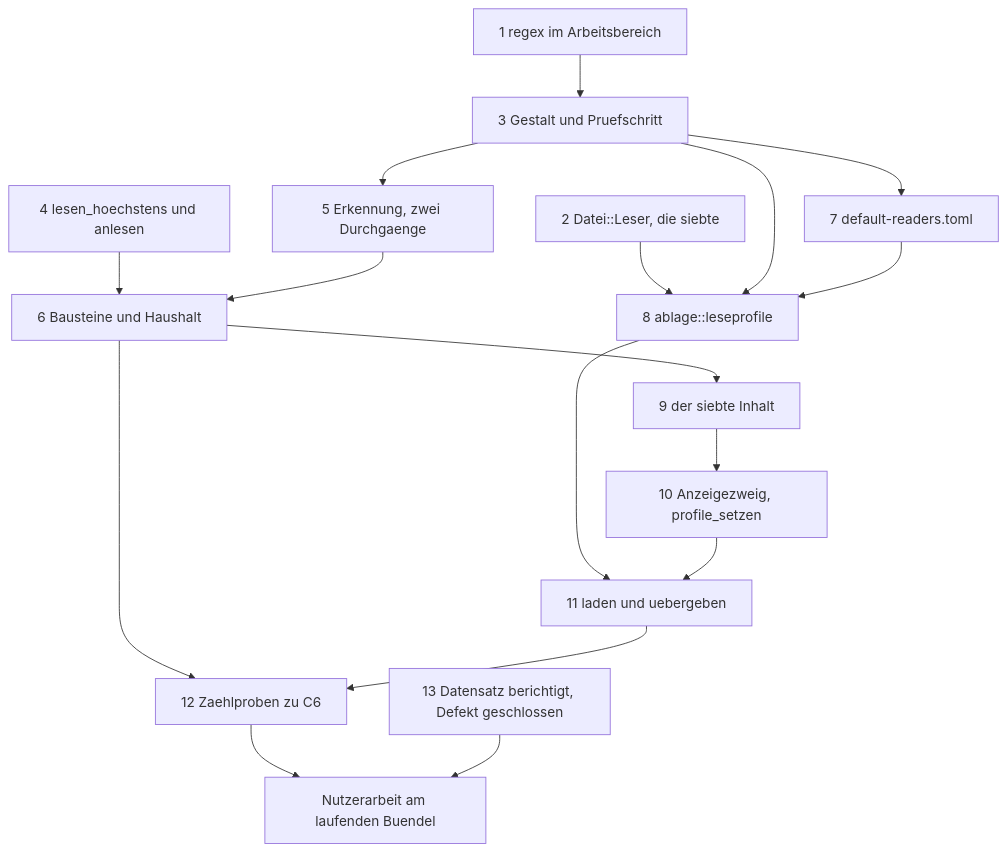
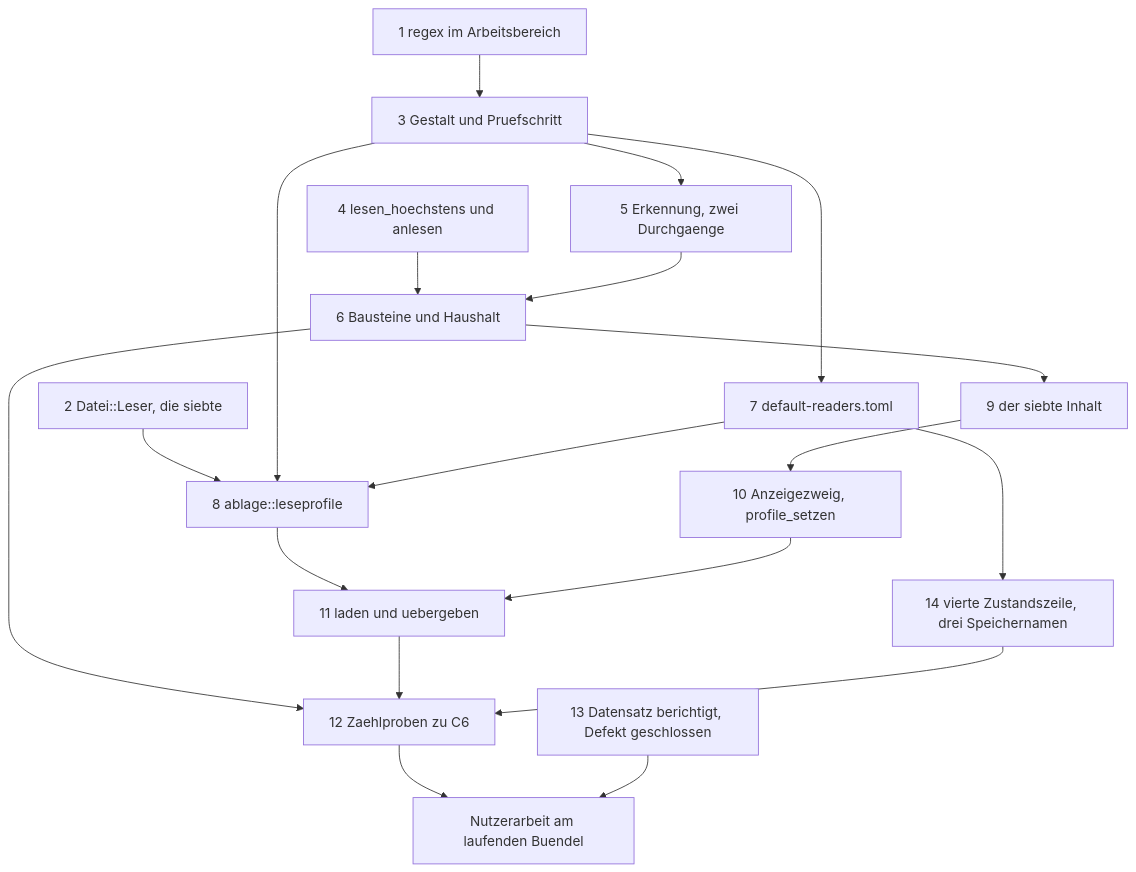
Before and after one commit to tenzoki/krk: the third of 3 diagrams in fusion-workbench/circles/260823-2208-vorschau-zeigt-profil-zusammenfassung-statt-metadaten/planning/260824-0640_o_plan-vorschau-zeigt-profil-zusammenfassung-statt-metadaten.md, drawn with Mermaid. The commit also changed other lines of this file and 6 other files, not shown here.

````diff
--- a/fusion-workbench/circles/260823-2208-vorschau-zeigt-profil-zusammenfassung-statt-metadaten/planning/260824-0640_o_plan-vorschau-zeigt-profil-zusammenfassung-statt-metadaten.md
+++ b/fusion-workbench/circles/260823-2208-vorschau-zeigt-profil-zusammenfassung-statt-metadaten/planning/260824-0640_o_plan-vorschau-zeigt-profil-zusammenfassung-statt-metadaten.md
@@ -372,34 +380,37 @@
 ```mermaid
 flowchart TD
   s1["1 regex im Arbeitsbereich"]
   s2["2 Datei::Leser, die siebte"]
   s3["3 Gestalt und Pruefschritt"]
   s4["4 lesen_hoechstens und anlesen"]
   s5["5 Erkennung, zwei Durchgaenge"]
   s6["6 Bausteine und Haushalt"]
   s7["7 default-readers.toml"]
   s8["8 ablage::leseprofile"]
   s9["9 der siebte Inhalt"]
   s10["10 Anzeigezweig, profile_setzen"]
   s11["11 laden und uebergeben"]
   s12["12 Zaehlproben zu C6"]
   s13["13 Datensatz berichtigt, Defekt geschlossen"]
+  s14["14 vierte Zustandszeile, drei Speichernamen"]
   abnahme["Nutzerarbeit am laufenden Buendel"]
 
   s1 --> s3
   s3 --> s5
   s3 --> s7
   s4 --> s6
   s5 --> s6
   s2 --> s8
   s3 --> s8
   s7 --> s8
   s6 --> s9
   s9 --> s10
   s8 --> s11
   s10 --> s11
+  s7 --> s14
   s6 --> s12
   s11 --> s12
+  s14 --> s12
   s12 --> abnahme
   s13 --> abnahme
 ```
````
